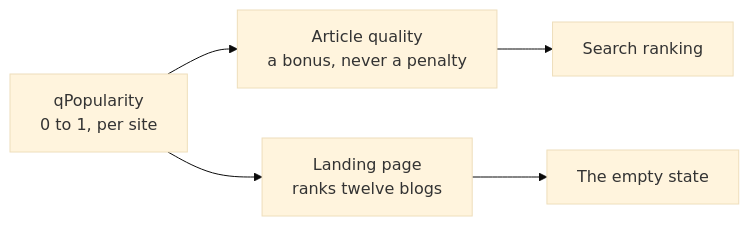
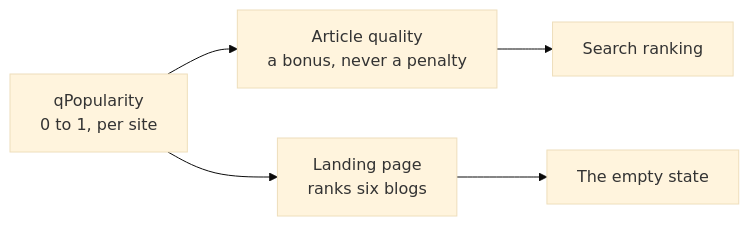
Before and after one commit to GitPaulo/blogme: the third of 3 diagrams in docs/popularity.md, drawn with Mermaid (base theme). The commit also changed other lines of this file and 13 other files, not shown here.

````diff
--- a/docs/popularity.md
+++ b/docs/popularity.md
@@ -118,7 +118,7 @@
 ```mermaid
 flowchart LR
     P["qPopularity<br/>0 to 1, per site"] --> Q["Article quality<br/>a bonus, never a penalty"]
-    P --> L["Landing page<br/>ranks twelve blogs"]
+    P --> L["Landing page<br/>ranks six blogs"]
     Q --> R["Search ranking"]
     L --> H["The empty state"]
 ```
````
